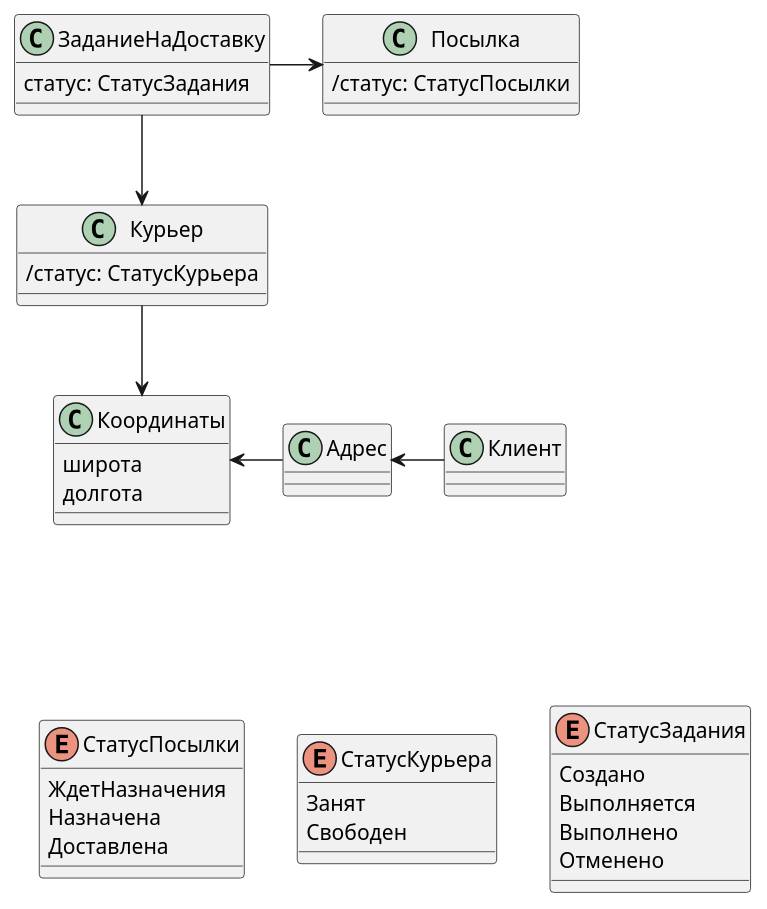
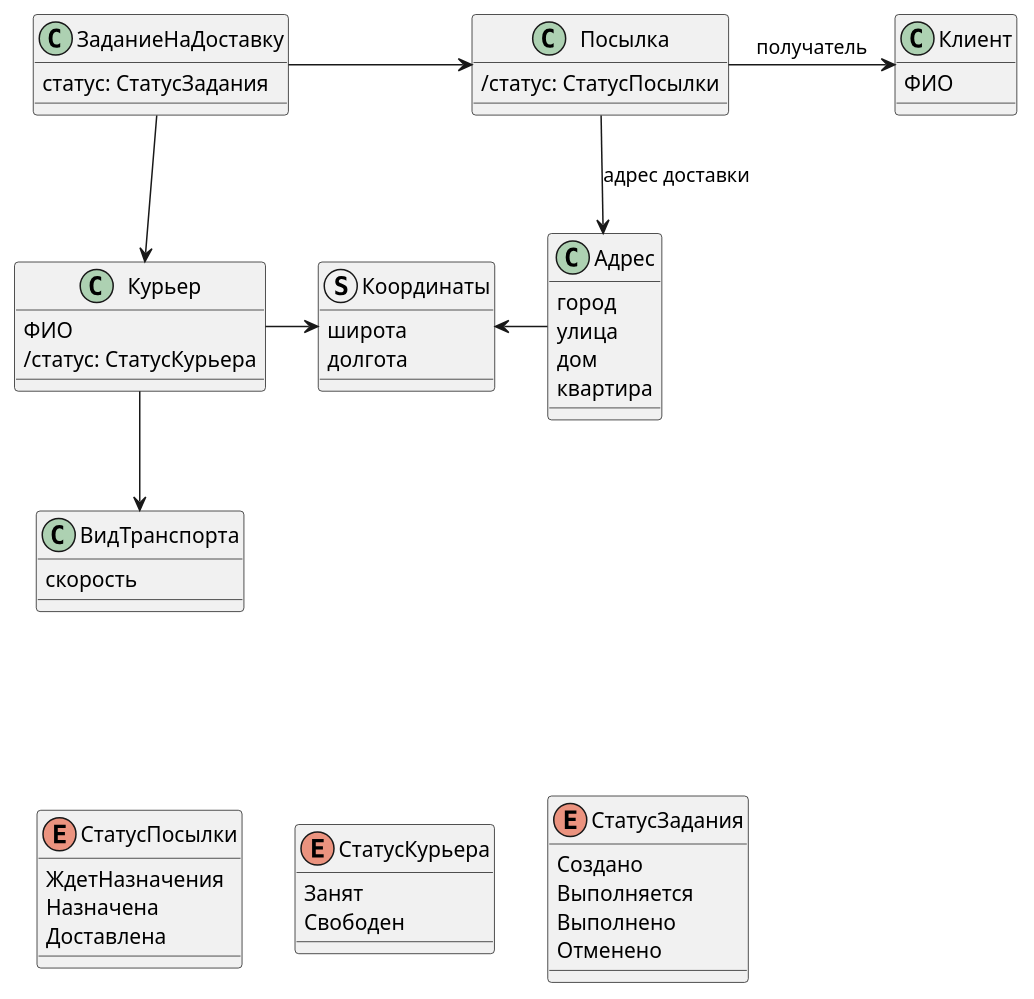
Before and after one commit to mikhailandronov/delivery: the diagram in Domain.puml, drawn with PlantUML.

Commit message:
Updated diagram: added attributes, updated relationships

```diff
--- a/Domain.puml
+++ b/Domain.puml
@@ -1,54 +1,67 @@
 @startuml
 'https://plantuml.com/class-diagram
 
 '!pragma layout smetana
 'left to right direction
 
 class Посылка{
     /статус: СтатусПосылки
 }
 
 class Курьер {
+    ФИО
     /статус: СтатусКурьера
 }
 
-class Адрес
-class Координаты{
+class ВидТранспорта{
+    скорость
+}
+class Адрес {
+    город
+    улица
+    дом
+    квартира
+}
+struct Координаты{
     широта
     долгота
 }
-class Клиент
+class Клиент {
+    ФИО
+}
 
 class ЗаданиеНаДоставку{
     статус: СтатусЗадания
 }
 
 Адрес -l-> Координаты
-Курьер --> Координаты
+Курьер -r-> Координаты
+Курьер -d-> ВидТранспорта
 ЗаданиеНаДоставку --> Курьер
-ЗаданиеНаДоставку -r-> Посылка
-Клиент -l-> Адрес
+ЗаданиеНаДоставку -r-> Посылка : "                         "
+Посылка -r-> Клиент : получатель
+Посылка --> Адрес : адрес доставки
 
 enum СтатусПосылки {
 ЖдетНазначения
 Назначена
 Доставлена
 }
 
 enum СтатусКурьера {
 Занят
 Свободен
 }
 
 enum СтатусЗадания {
     Создано
     Выполняется
     Выполнено
     Отменено
 }
 
-Координаты -d[hidden]--> СтатусПосылки
+ВидТранспорта -d[hidden]--> СтатусПосылки
 СтатусПосылки -[hidden]> СтатусКурьера
 СтатусКурьера -[hidden]> СтатусЗадания
 
 @enduml
```
